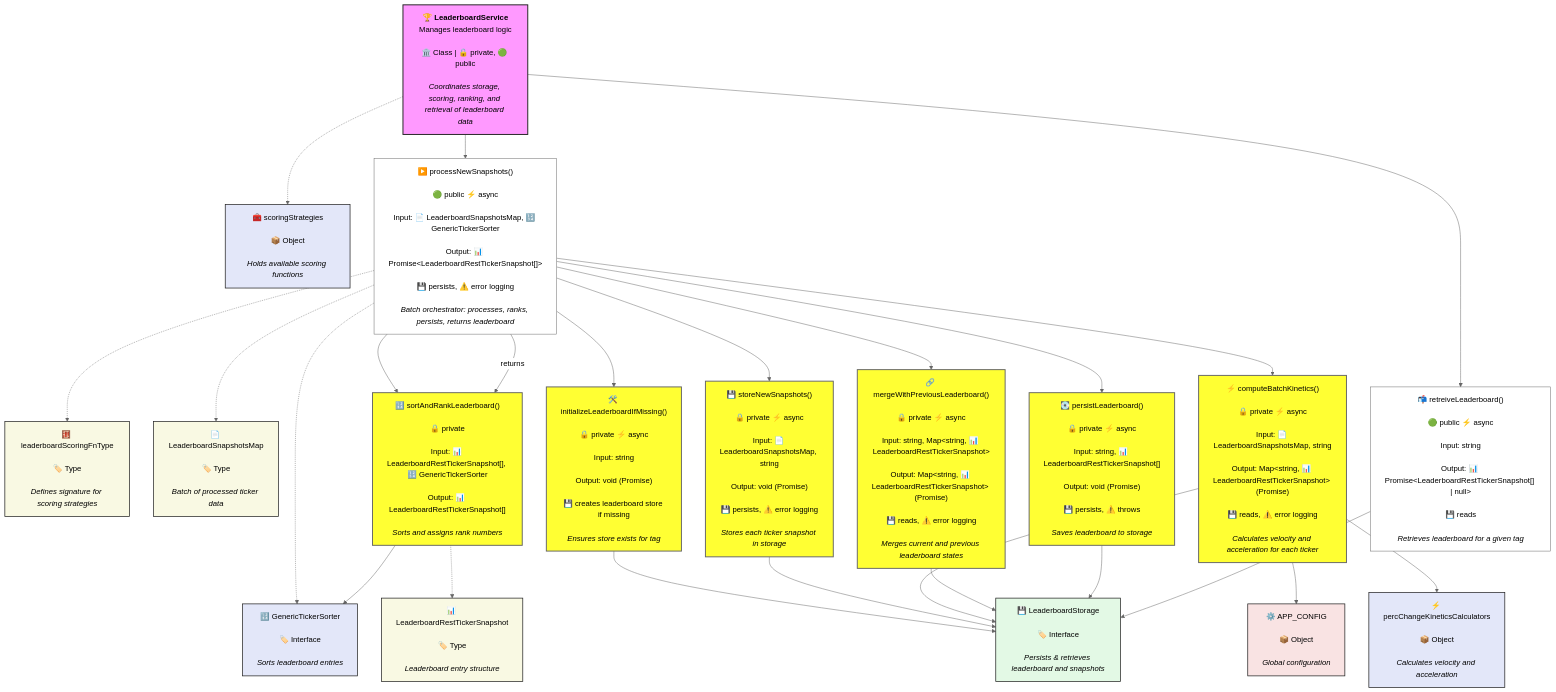
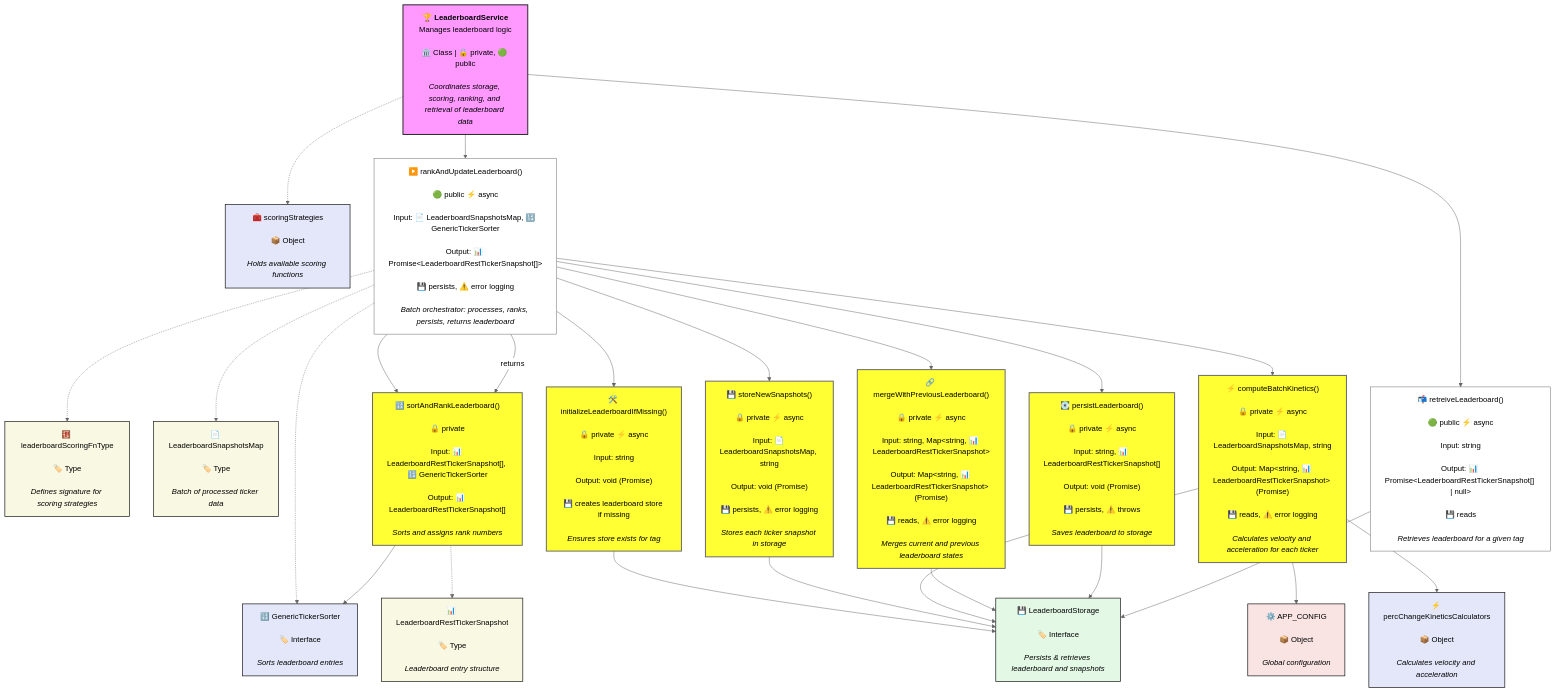
Before and after one commit to monolithgoon/momentum-trend-notification-bot: the diagram in src/services/leaderboard/docs/LeaderboardService.graph.mmd, drawn with Mermaid (neutral theme). The commit also changed 43 other files, not shown here.

Commit message:
refactor: updates architecture to use event emitters to return market scan data and leaderboard updates

```diff
--- a/src/services/leaderboard/docs/LeaderboardService.graph.mmd
+++ b/src/services/leaderboard/docs/LeaderboardService.graph.mmd
@@ -1,163 +1,163 @@
 %% LeaderboardService Dependency Flow Graph
 %% **Generated by Mermaid**
 graph TD
   %% Main service class
   LeaderboardService["🏆 <b>LeaderboardService</b><br/>Manages leaderboard logic
   <br/>🏛️ Class | 🔒 private, 🟢 public
   <br/><i>Coordinates storage, scoring, ranking, and retrieval of leaderboard data</i>
   "]:::service
 
   %% Dependencies (external modules/interfaces)
   LeaderboardStorage["💾 LeaderboardStorage
   <br/>🏷️ Interface
   <br/><i>Persists & retrieves leaderboard and snapshots</i>
   "]:::storage
 
   scoringFn["🧮 leaderboardScoringFnType
   <br/>🏷️ Type
   <br/><i>Defines signature for scoring strategies</i>
   "]:::type
 
   scoringStrategies["🧰 scoringStrategies
   <br/>📦 Object
   <br/><i>Holds available scoring functions</i>
   "]:::util
 
   sorter["🔢 GenericTickerSorter
   <br/>🏷️ Interface
   <br/><i>Sorts leaderboard entries</i>
   "]:::sorter
 
   kinetics["⚡ percChangeKineticsCalculators
   <br/>📦 Object
   <br/><i>Calculates velocity and acceleration</i>
   "]:::util
 
   config["⚙️ APP_CONFIG
   <br/>📦 Object
   <br/><i>Global configuration</i>
   "]:::config
 
   LeaderboardSnapshotsMap["📄 LeaderboardSnapshotsMap
   <br/>🏷️ Type
   <br/><i>Batch of processed ticker data</i>
   "]:::type
 
   LeaderboardRestTickerSnapshot["📊 LeaderboardRestTickerSnapshot
   <br/>🏷️ Type
   <br/><i>Leaderboard entry structure</i>
   "]:::type
 
   %% Entrypoint
-  processNewSnapshots["▶️ processNewSnapshots()
+  rankAndUpdateLeaderboard["▶️ rankAndUpdateLeaderboard()
   <br/>🟢 public ⚡ async
   <br/>Input: 📄 LeaderboardSnapshotsMap, 🔢 GenericTickerSorter
   <br/>Output: 📊 Promise&lt;LeaderboardRestTickerSnapshot[]&gt;
   <br/>💾 persists, ⚠️ error logging
   <br/><i>Batch orchestrator: processes, ranks, persists, returns leaderboard</i>
   "]:::method
 
   %% Key internal/private methods (bright yellow)
   initializeLeaderboardIfMissing["🛠️ initializeLeaderboardIfMissing()
   <br/>🔒 private ⚡ async
   <br/>Input: string
   <br/>Output: void (Promise)
   <br/>💾 creates leaderboard store if missing
   <br/><i>Ensures store exists for tag</i>
   "]:::privatemethod
 
   storeNewSnapshots["💾 storeNewSnapshots()
   <br/>🔒 private ⚡ async
   <br/>Input: 📄 LeaderboardSnapshotsMap, string
   <br/>Output: void (Promise)
   <br/>💾 persists, ⚠️ error logging
   <br/><i>Stores each ticker snapshot in storage</i>
   "]:::privatemethod
 
   computeBatchKinetics["⚡ computeBatchKinetics()
   <br/>🔒 private ⚡ async
   <br/>Input: 📄 LeaderboardSnapshotsMap, string
   <br/>Output: Map&lt;string, 📊 LeaderboardRestTickerSnapshot&gt; (Promise)
   <br/>💾 reads, ⚠️ error logging
   <br/><i>Calculates velocity and acceleration for each ticker</i>
   "]:::privatemethod
 
   mergeWithPreviousLeaderboard["🔗 mergeWithPreviousLeaderboard()
   <br/>🔒 private ⚡ async
   <br/>Input: string, Map&lt;string, 📊 LeaderboardRestTickerSnapshot&gt;
   <br/>Output: Map&lt;string, 📊 LeaderboardRestTickerSnapshot&gt; (Promise)
   <br/>💾 reads, ⚠️ error logging
   <br/><i>Merges current and previous leaderboard states</i>
   "]:::privatemethod
 
   sortAndRankLeaderboard["🔢 sortAndRankLeaderboard()
   <br/>🔒 private
   <br/>Input: 📊 LeaderboardRestTickerSnapshot[], 🔢 GenericTickerSorter
   <br/>Output: 📊 LeaderboardRestTickerSnapshot[]
   <br/><i>Sorts and assigns rank numbers</i>
   "]:::privatemethod
 
   persistLeaderboard["💽 persistLeaderboard()
   <br/>🔒 private ⚡ async
   <br/>Input: string, 📊 LeaderboardRestTickerSnapshot[]
   <br/>Output: void (Promise)
   <br/>💾 persists, ⚠️ throws
   <br/><i>Saves leaderboard to storage</i>
   "]:::privatemethod
 
   retreiveLeaderboard["📬 retreiveLeaderboard()
   <br/>🟢 public ⚡ async
   <br/>Input: string
   <br/>Output: 📊 Promise&lt;LeaderboardRestTickerSnapshot[] | null&gt;
   <br/>💾 reads
   <br/><i>Retrieves leaderboard for a given tag</i>
   "]:::method
 
   %% Flow
-  LeaderboardService --> processNewSnapshots
-  processNewSnapshots --> initializeLeaderboardIfMissing
-  processNewSnapshots --> storeNewSnapshots
-  processNewSnapshots --> computeBatchKinetics
-  processNewSnapshots --> mergeWithPreviousLeaderboard
-  processNewSnapshots --> sortAndRankLeaderboard
-  processNewSnapshots --> persistLeaderboard
-  processNewSnapshots -->|returns| sortAndRankLeaderboard
+  LeaderboardService --> rankAndUpdateLeaderboard
+  rankAndUpdateLeaderboard --> initializeLeaderboardIfMissing
+  rankAndUpdateLeaderboard --> storeNewSnapshots
+  rankAndUpdateLeaderboard --> computeBatchKinetics
+  rankAndUpdateLeaderboard --> mergeWithPreviousLeaderboard
+  rankAndUpdateLeaderboard --> sortAndRankLeaderboard
+  rankAndUpdateLeaderboard --> persistLeaderboard
+  rankAndUpdateLeaderboard -->|returns| sortAndRankLeaderboard
 
   %% Scoring and sorting
-  processNewSnapshots -.-> scoringFn
-  processNewSnapshots -.-> sorter
+  rankAndUpdateLeaderboard -.-> scoringFn
+  rankAndUpdateLeaderboard -.-> sorter
 
   %% Storage interactions
   initializeLeaderboardIfMissing --> LeaderboardStorage
   storeNewSnapshots --> LeaderboardStorage
   computeBatchKinetics --> LeaderboardStorage
   mergeWithPreviousLeaderboard --> LeaderboardStorage
   persistLeaderboard --> LeaderboardStorage
   retreiveLeaderboard --> LeaderboardStorage
 
   %% Kinetics calculations
   computeBatchKinetics --> kinetics
   computeBatchKinetics --> config
 
   %% Sorting
   sortAndRankLeaderboard --> sorter
 
   %% Input/Output types
-  processNewSnapshots -.-> LeaderboardSnapshotsMap
+  rankAndUpdateLeaderboard -.-> LeaderboardSnapshotsMap
   sortAndRankLeaderboard -.-> LeaderboardRestTickerSnapshot
 
   %% API
   LeaderboardService --> retreiveLeaderboard
 
   %% Scoring strategies
   LeaderboardService -.-> scoringStrategies
 
   %% Styles
   classDef service fill:#f9f,stroke:#222,stroke-width:2px;
   classDef storage fill:#e3f9e5,stroke:#222,stroke-width:1.5px;
   classDef type fill:#f9f9e3,stroke:#222,stroke-width:1.5px;
   classDef util fill:#e3e7f9,stroke:#222,stroke-width:1.5px;
   classDef sorter fill:#e3e7f9,stroke:#222,stroke-width:1.5px;
   classDef config fill:#f9e3e3,stroke:#222,stroke-width:1.5px;
   classDef method fill:#fff,stroke:#666,stroke-width:1px;
   classDef privatemethod fill:#ffff33,stroke:#666,stroke-width:2px;
```
